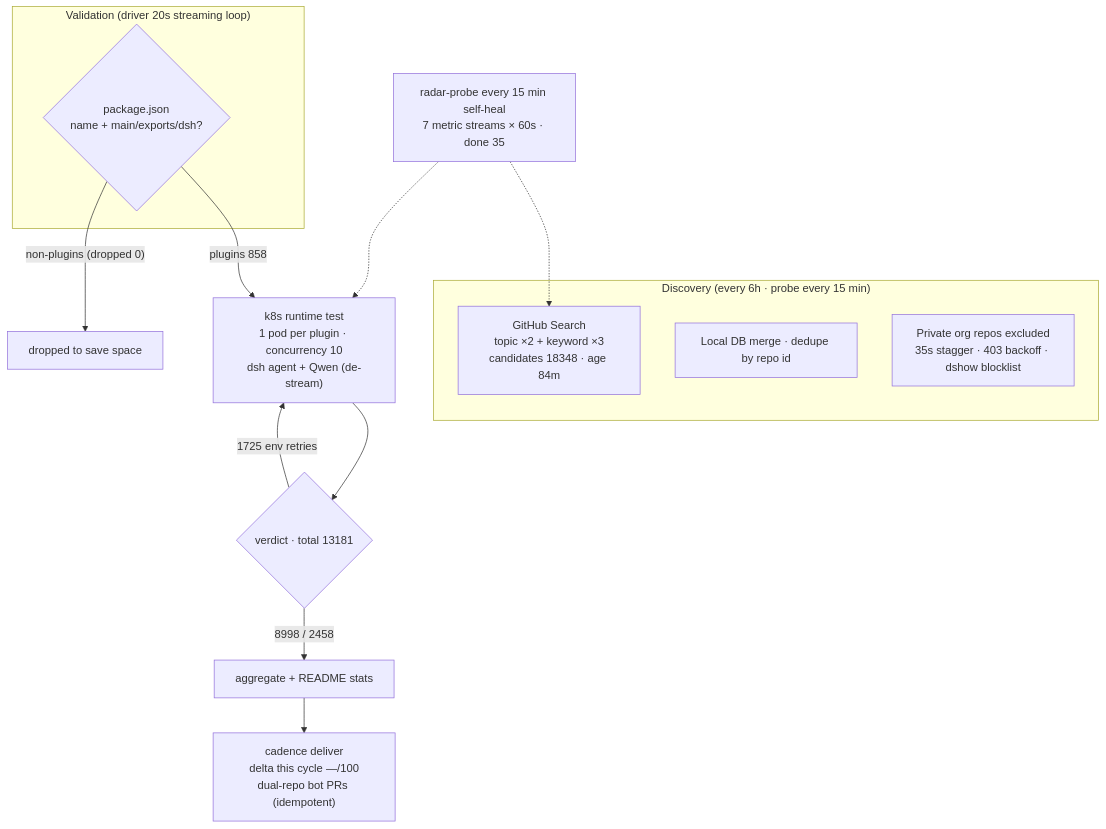
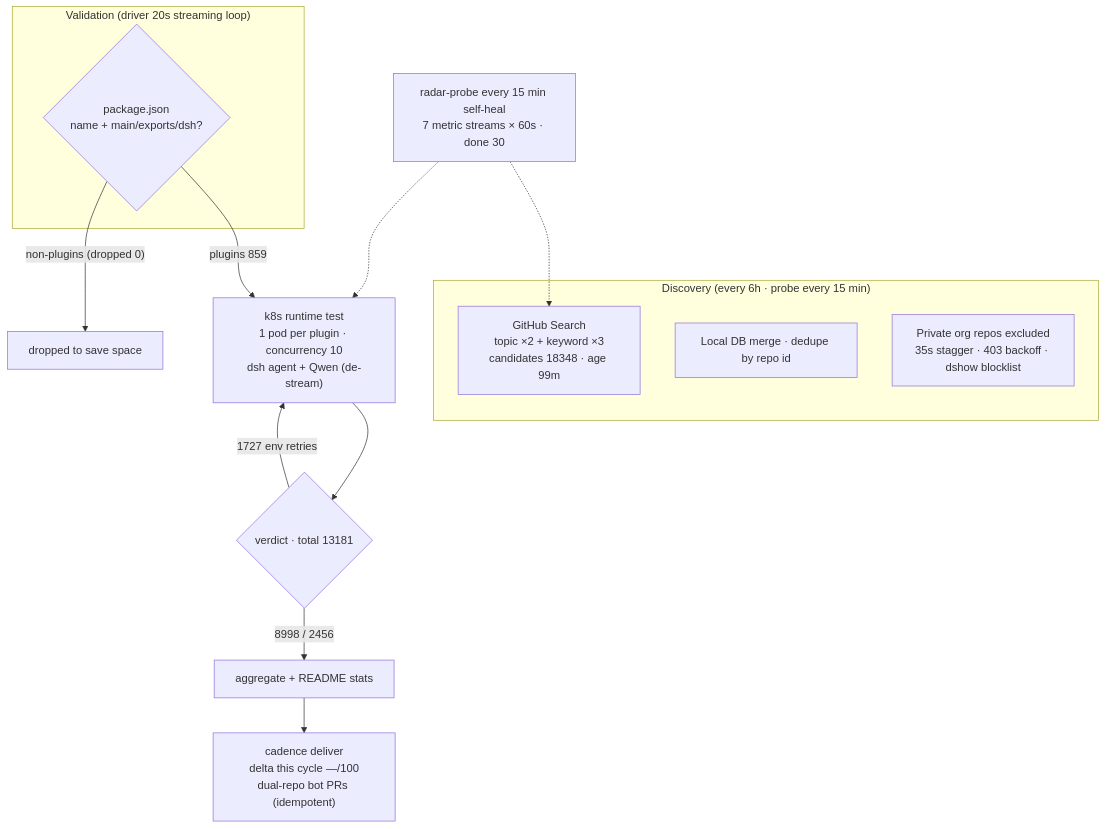
The diagram in README.en-US.md (AdamPlatin123/awesome-dsh-plugins), drawn with Mermaid before and after one commit. The commit also changed other lines of this file and 7 other files, not shown here.

````diff
--- a/README.en-US.md
+++ b/README.en-US.md
@@ -45,20 +45,20 @@
 ```mermaid
 flowchart TB
     subgraph Discovery["Discovery (every 6h · probe every 15 min)"]
-        A1["GitHub Search<br/>topic ×2 + keyword ×3<br/>candidates 18348 · age 84m"]
+        A1["GitHub Search<br/>topic ×2 + keyword ×3<br/>candidates 18348 · age 99m"]
         A2["Local DB merge · dedupe by repo id"]
         A3["Private org repos excluded<br/>35s stagger · 403 backoff · dshow blocklist"]
     end
     subgraph Validation["Validation (driver 20s streaming loop)"]
         B1{"package.json<br/>name + main/exports/dsh?"}
     end
-    B1 -->|"plugins 858"| C1["k8s runtime test<br/>1 pod per plugin · concurrency 10<br/>dsh agent + Qwen (de-stream)"]
+    B1 -->|"plugins 859"| C1["k8s runtime test<br/>1 pod per plugin · concurrency 10<br/>dsh agent + Qwen (de-stream)"]
     B1 -->|"non-plugins (dropped 0)"| B3["dropped to save space"]
     C1 --> D1{"verdict · total 13181"}
-    D1 -->|"8998 / 2458"| E1["aggregate + README stats"]
-    D1 -->|"1725 env retries"| C1
+    D1 -->|"8998 / 2456"| E1["aggregate + README stats"]
+    D1 -->|"1727 env retries"| C1
     E1 --> E2["cadence deliver<br/>delta this cycle —/100<br/>dual-repo bot PRs (idempotent)"]
-    M["radar-probe every 15 min self-heal<br/>7 metric streams × 60s · done 35"]
+    M["radar-probe every 15 min self-heal<br/>7 metric streams × 60s · done 30"]
     M -.-> A1
     M -.-> C1
 ```
````
